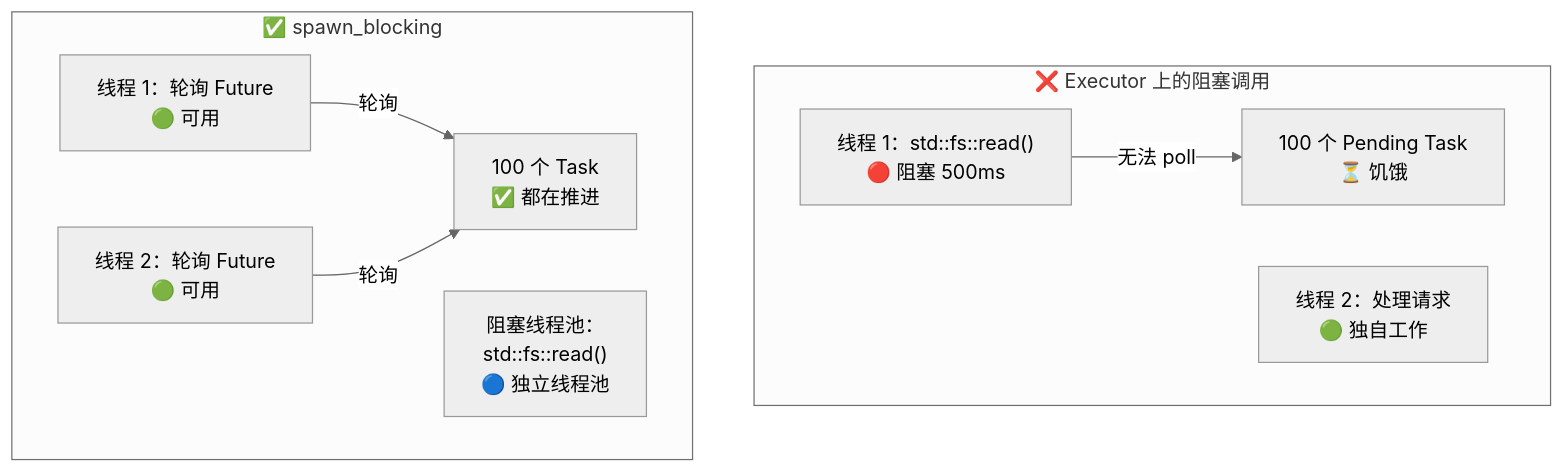
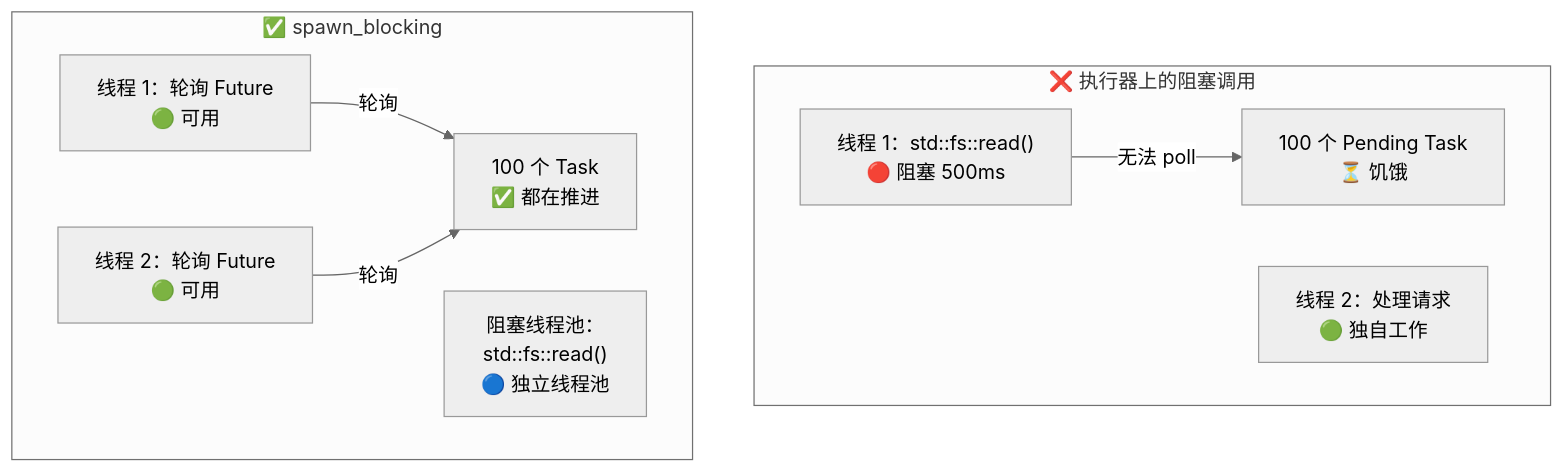
Before and after one commit to hearsay316/RustTraining: the diagram in async-book/src-zh/ch12-common-pitfalls.md, drawn with Mermaid (neutral theme). The commit also changed other lines of this file and 20 other files, not shown here.

````diff
--- a/async-book/src-zh/ch12-common-pitfalls.md
+++ b/async-book/src-zh/ch12-common-pitfalls.md
@@ -37,18 +52,18 @@
 ```mermaid
 graph TB
-    subgraph "❌ Executor 上的阻塞调用"
+    subgraph "❌ 执行器上的阻塞调用"
         T1_BAD["线程 1：std::fs::read()<br/>🔴 阻塞 500ms"]
         T2_BAD["线程 2：处理请求<br/>🟢 独自工作"]
         TASKS_BAD["100 个 Pending Task<br/>⏳ 饥饿"]
         T1_BAD -->|"无法 poll"| TASKS_BAD
     end
 
     subgraph "✅ spawn_blocking"
         T1_GOOD["线程 1：轮询 Future<br/>🟢 可用"]
         T2_GOOD["线程 2：轮询 Future<br/>🟢 可用"]
         BT["阻塞线程池：<br/>std::fs::read()<br/>🔵 独立线程池"]
         TASKS_GOOD["100 个 Task<br/>✅ 都在推进"]
         T1_GOOD -->|"轮询"| TASKS_GOOD
         T2_GOOD -->|"轮询"| TASKS_GOOD
     end
 ```
````
